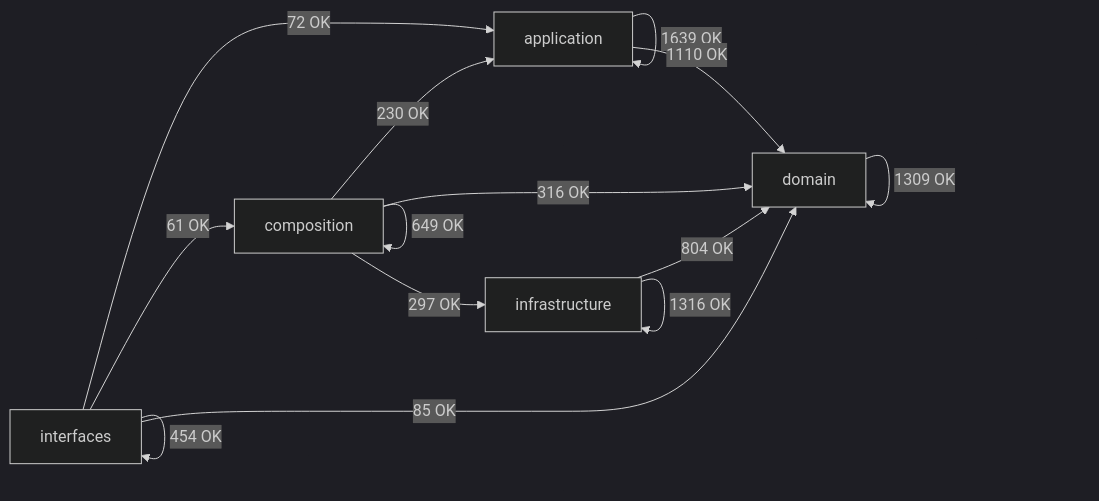
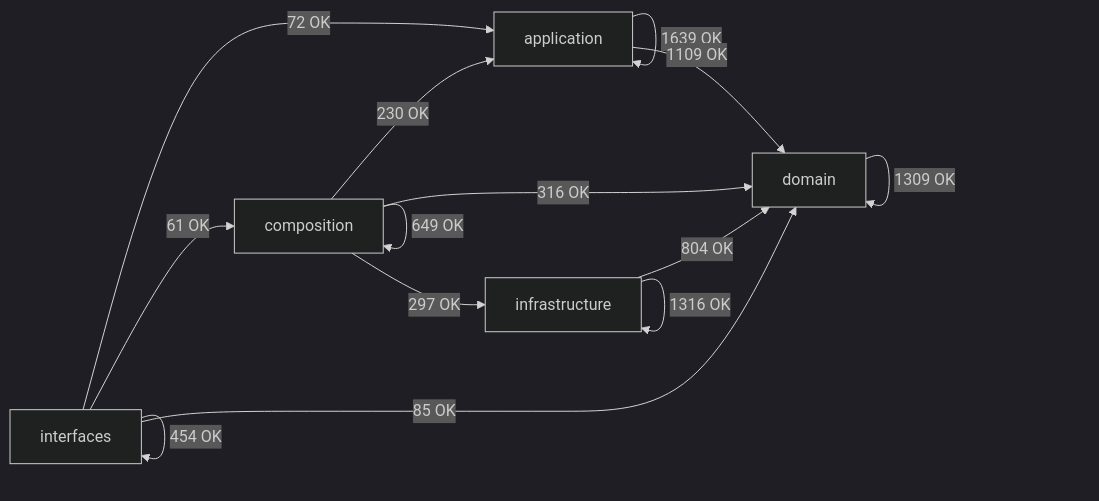
Before and after one commit to SatoryKono/BioactivityDataAcquisition: the diagram in docs/02-architecture/generated/module-dependency-map.md, drawn with Mermaid (dark theme). The commit also changed other lines of this file and 12 other files, not shown here.

````diff
--- a/docs/02-architecture/generated/module-dependency-map.md
+++ b/docs/02-architecture/generated/module-dependency-map.md
@@ -17,21 +17,21 @@
 ```mermaid
 flowchart LR
     domain[domain]
     application[application]
     infrastructure[infrastructure]
     composition[composition]
     interfaces[interfaces]
     application -->|1639 OK| application
-    application -->|1110 OK| domain
+    application -->|1109 OK| domain
     composition -->|230 OK| application
     composition -->|649 OK| composition
     composition -->|316 OK| domain
     composition -->|297 OK| infrastructure
     domain -->|1309 OK| domain
     infrastructure -->|804 OK| domain
     infrastructure -->|1316 OK| infrastructure
     interfaces -->|72 OK| application
     interfaces -->|61 OK| composition
     interfaces -->|85 OK| domain
     interfaces -->|454 OK| interfaces
 ```
````
